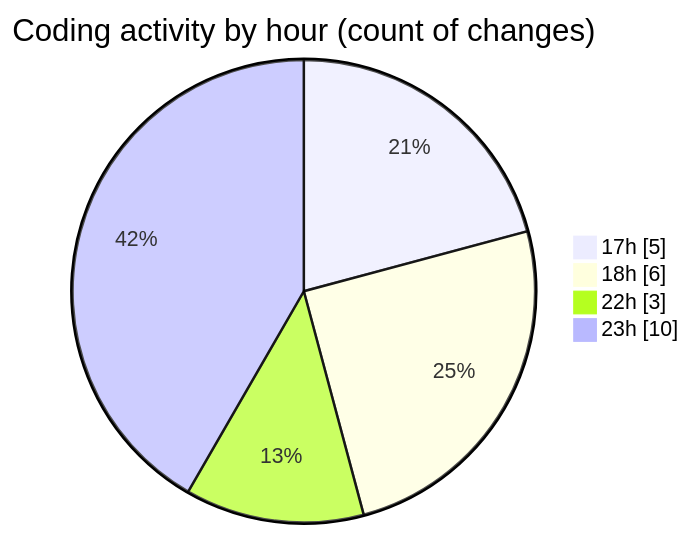
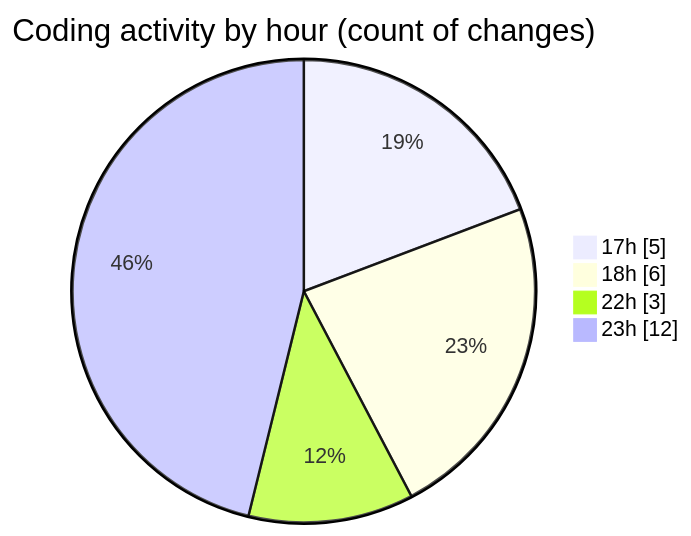
One commit to donsfak/code-tracking changed the second of 2 diagrams in 2025-02-07/portofolio/README.md. Above: the diagram before and after it, drawn with Mermaid. The commit also changed other lines of this file and 1 other file, not shown here.

````diff
--- a/2025-02-07/portofolio/README.md
+++ b/2025-02-07/portofolio/README.md
@@ -30,8 +30,8 @@
 ```mermaid
 pie showData
 title Coding activity by hour (count of changes)
 "17h" : 5
 "18h" : 6
 "22h" : 3
-"23h" : 10
+"23h" : 12
 ```
````
